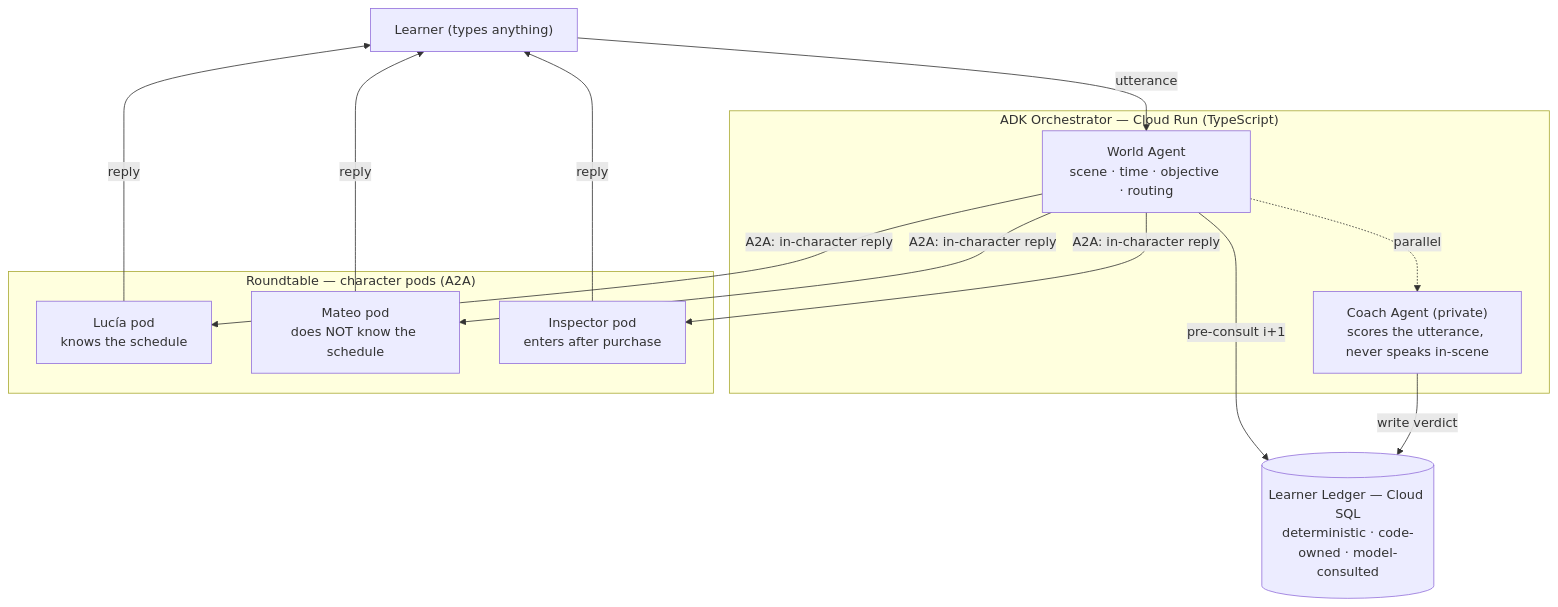
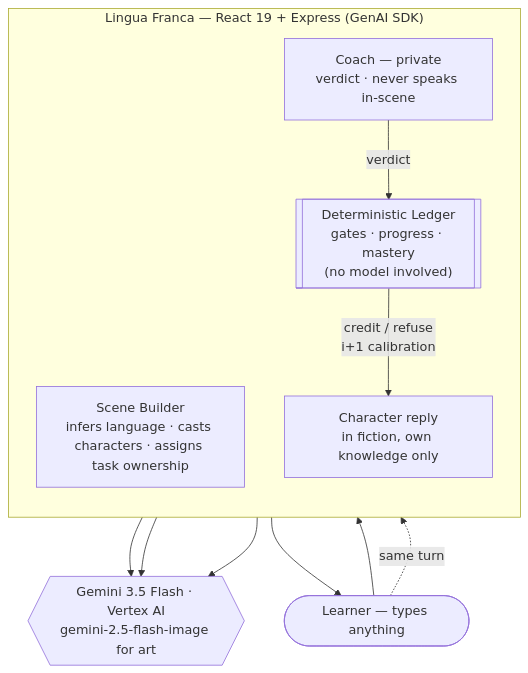
Before and after one commit to foxtrotcommunications/lingua-franca: the diagram in README.md, drawn with Mermaid. The commit also changed other lines of this file, not shown here.

````diff
--- a/README.md
+++ b/README.md
@@ -35,24 +58,23 @@
 ```mermaid
 flowchart TB
-    Learner["Learner (types anything)"]
+    Learner(["Learner — types anything"])
 
-    subgraph ADK["ADK Orchestrator — Cloud Run (TypeScript)"]
-        World["World Agent<br/>scene · time · objective · routing"]
-        Coach["Coach Agent (private)<br/>scores the utterance, never speaks in-scene"]
+    subgraph App["Lingua Franca — React 19 + Express (GenAI SDK)"]
+        direction TB
+        Builder["Scene Builder<br/>infers language · casts characters · assigns task ownership"]
+        Character["Character reply<br/>in fiction, own knowledge only"]
+        Coach["Coach — private<br/>verdict · never speaks in-scene"]
+        Ledger[["Deterministic Ledger<br/>gates · progress · mastery<br/>(no model involved)"]]
     end
 
-    subgraph RT["Roundtable — character pods (A2A)"]
-        Lucia["Lucía pod<br/>knows the schedule"]
-        Mateo["Mateo pod<br/>does NOT know the schedule"]
-        Insp["Inspector pod<br/>enters after purchase"]
-    end
+    Gemini{{"Gemini 3.5 Flash · Vertex AI<br/>gemini-2.5-flash-image for art"}}
 
-    Ledger[("Learner Ledger — Cloud SQL<br/>deterministic · code-owned · model-consulted")]
-
-    Learner -->|utterance| World
-    World -->|pre-consult i+1| Ledger
-    World -->|A2A: in-character reply| Lucia & Mateo & Insp
-    World -.parallel.-> Coach
-    Coach -->|write verdict| Ledger
-    Lucia & Mateo & Insp -->|reply| Learner
+    Learner --> Character
+    Learner -.same turn.-> Coach
+    Builder --> Gemini
+    Character --> Gemini
+    Coach --> Gemini
+    Coach -->|verdict| Ledger
+    Ledger -->|"credit / refuse<br/>i+1 calibration"| Character
+    Character --> Learner
 ```
````
